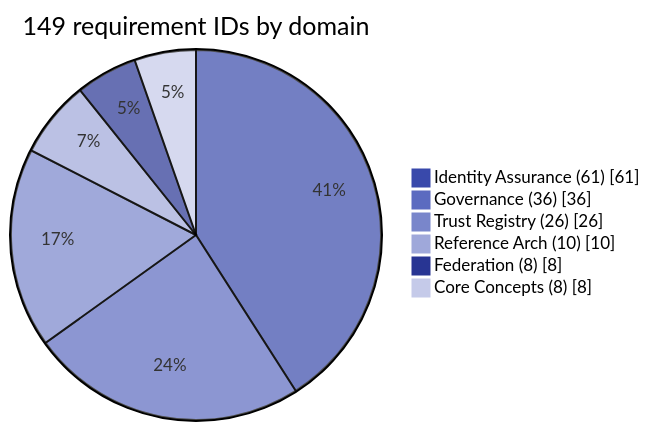
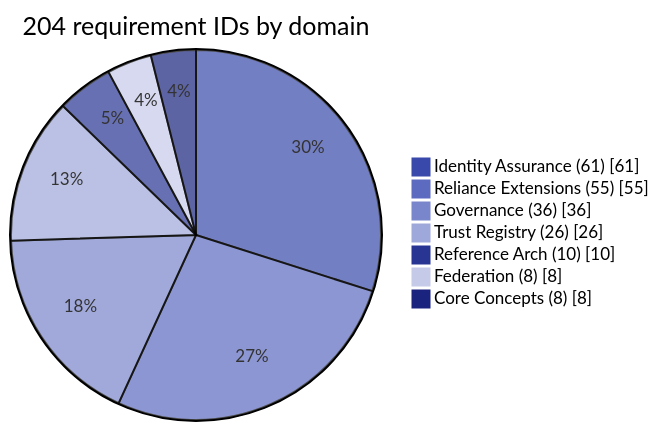
The seventh of 8 diagrams in site/VISUAL-GUIDE.md (odtis/core-spec), drawn with Mermaid before and after one commit. The commit also changed other lines of this file and 38 other files, not shown here.

First line of the commit message:
Align diagrams and docs with Reliance Extensions and current metrics.

````diff
--- a/site/VISUAL-GUIDE.md
+++ b/site/VISUAL-GUIDE.md
@@ -216,11 +220,12 @@
 ```mermaid
-%%{init: {'themeVariables': { 'pie1': '#3949ab', 'pie2': '#5c6bc0', 'pie3': '#7986cb', 'pie4': '#9fa8da', 'pie5': '#283593', 'pie6': '#c5cae9'}}}%%
+%%{init: {'themeVariables': { 'pie1': '#3949ab', 'pie2': '#5c6bc0', 'pie3': '#7986cb', 'pie4': '#9fa8da', 'pie5': '#283593', 'pie6': '#c5cae9', 'pie7': '#1a237e'}}}%%
 pie showData
- title 149 requirement IDs by domain
+ title 204 requirement IDs by domain
  "Identity Assurance (61)" : 61
+ "Reliance Extensions (55)" : 55
  "Governance (36)" : 36
  "Trust Registry (26)" : 26
  "Reference Arch (10)" : 10
  "Federation (8)" : 8
  "Core Concepts (8)" : 8
 ```
````
